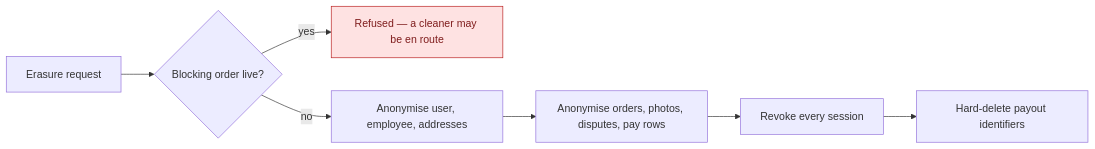
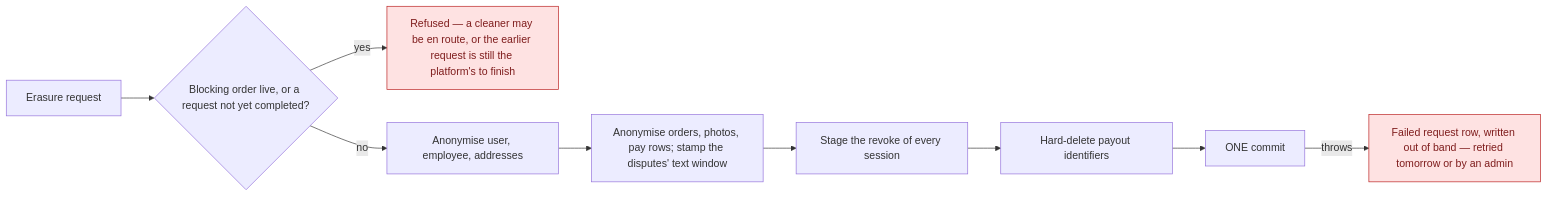
One commit to VM-s-Solutions/cleansia changed the first of 2 diagrams in docs/flows/gdpr-and-audit.md. Above: the diagram before and after it, drawn with Mermaid. The commit also changed other lines of this file and 45 other files, not shown here.

````diff
--- a/docs/flows/gdpr-and-audit.md
+++ b/docs/flows/gdpr-and-audit.md
@@ -11,12 +11,14 @@
 ```mermaid
 flowchart LR
-  A[Erasure request] --> B{Blocking order live?}
-  B -- yes --> C[Refused — a cleaner may be en route]
+  A[Erasure request] --> B{Blocking order live, or a request not yet completed?}
+  B -- yes --> C[Refused — a cleaner may be en route, or the earlier request is still the platform's to finish]
   B -- no --> D[Anonymise user, employee, addresses]
-  D --> E[Anonymise orders, photos, disputes, pay rows]
-  E --> F[Revoke every session]
+  D --> E[Anonymise orders, photos, pay rows; stamp the disputes' text window]
+  E --> F[Stage the revoke of every session]
   F --> G[Hard-delete payout identifiers]
+  G --> H[ONE commit]
+  H -- throws --> X[Failed request row, written out of band — retried tomorrow or by an admin]
 
   classDef stop fill:#fee2e2,stroke:#b91c1c,color:#7f1d1d
-  class C stop
+  class C,X stop
 ```
````
